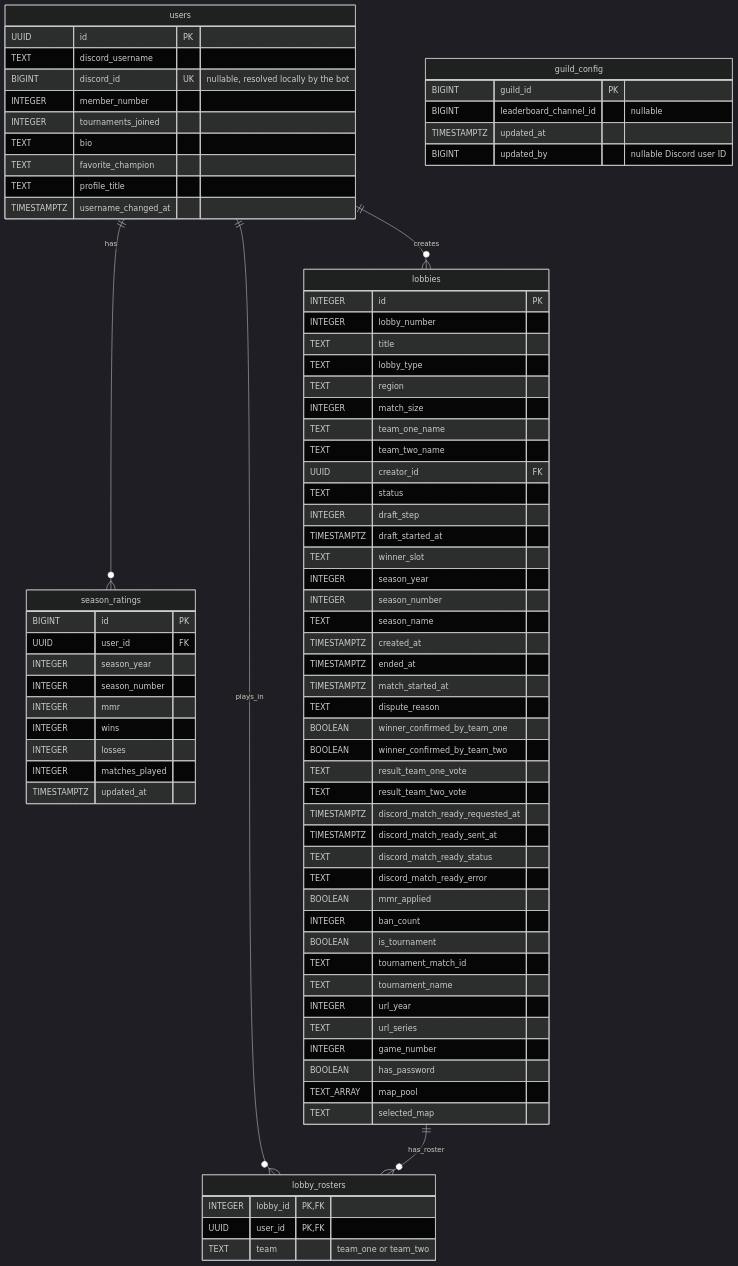
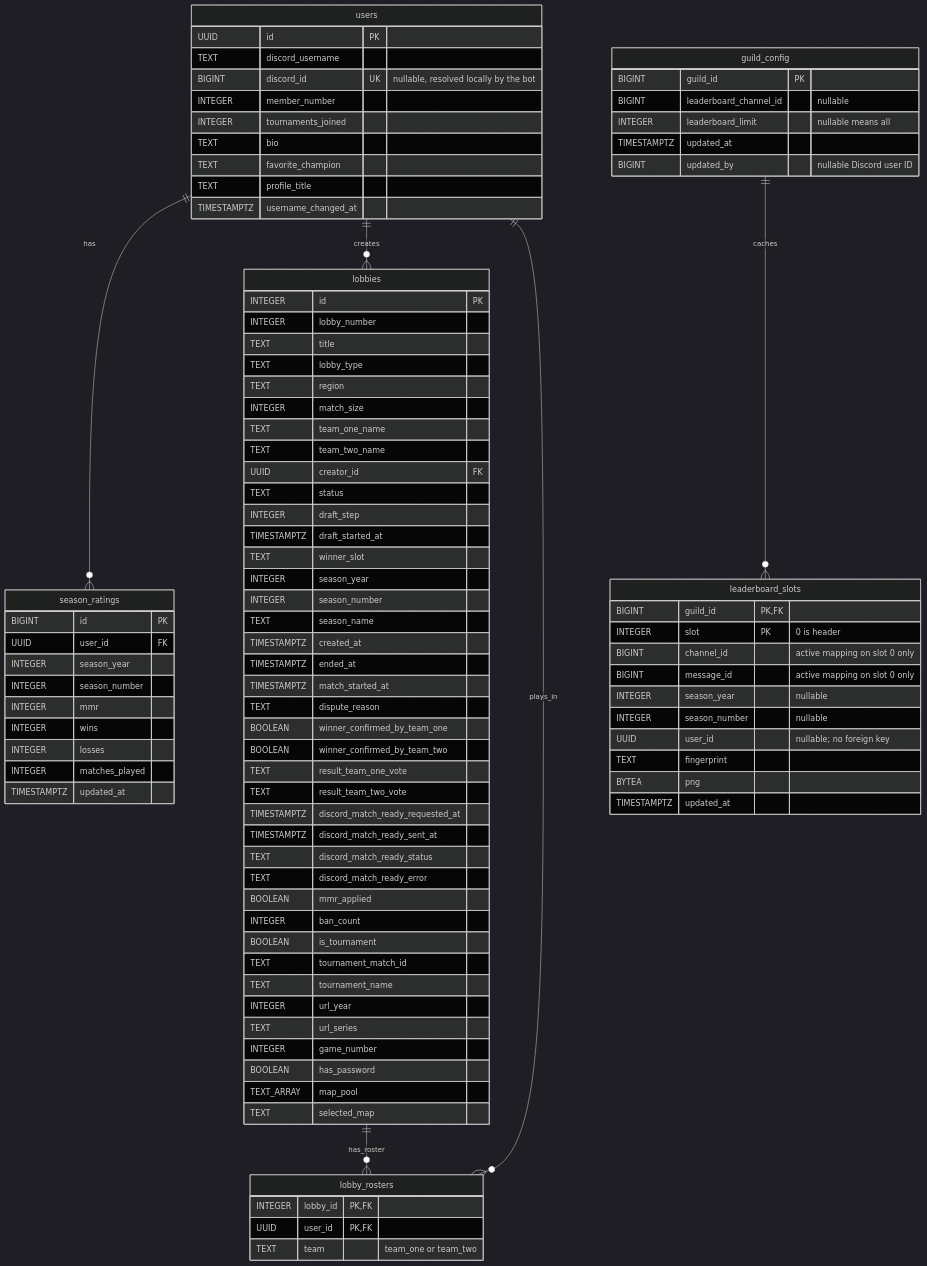
One commit to BattleVive/discord-bot changed the diagram in SCHEMA.md. Above: the diagram before and after it, drawn with Mermaid (dark theme). The commit also changed other lines of this file and 9 other files, not shown here.

Commit message:
Added leaderboard, fixed roles and saving user ids

```diff
--- a/SCHEMA.md
+++ b/SCHEMA.md
@@ -4,11 +4,26 @@
     users ||--o{ lobbies : creates
     users ||--o{ lobby_rosters : plays_in
     lobbies ||--o{ lobby_rosters : has_roster
+    guild_config ||--o{ leaderboard_slots : caches
     guild_config {
         BIGINT guild_id PK
         BIGINT leaderboard_channel_id "nullable"
+        INTEGER leaderboard_limit "nullable means all"
         TIMESTAMPTZ updated_at
         BIGINT updated_by "nullable Discord user ID"
+    }
+
+    leaderboard_slots {
+        BIGINT guild_id PK,FK
+        INTEGER slot PK "0 is header"
+        BIGINT channel_id "active mapping on slot 0 only"
+        BIGINT message_id "active mapping on slot 0 only"
+        INTEGER season_year "nullable"
+        INTEGER season_number "nullable"
+        UUID user_id "nullable; no foreign key"
+        TEXT fingerprint
+        BYTEA png
+        TIMESTAMPTZ updated_at
     }
 
     users {
```
